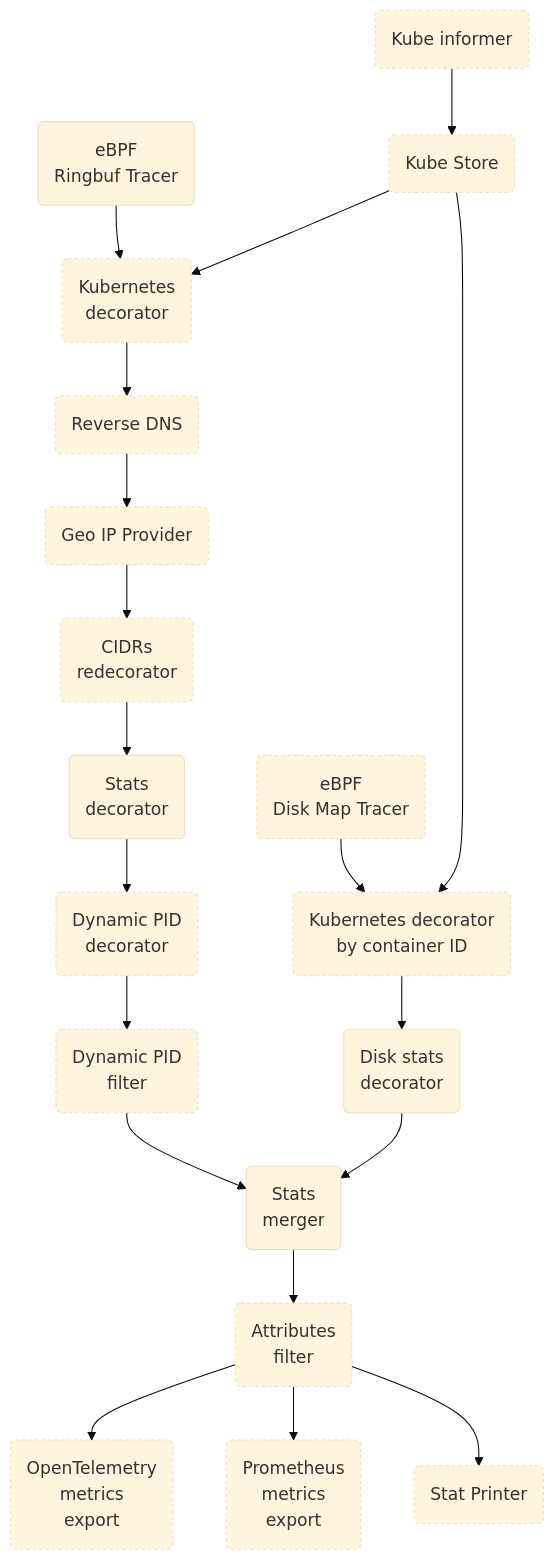
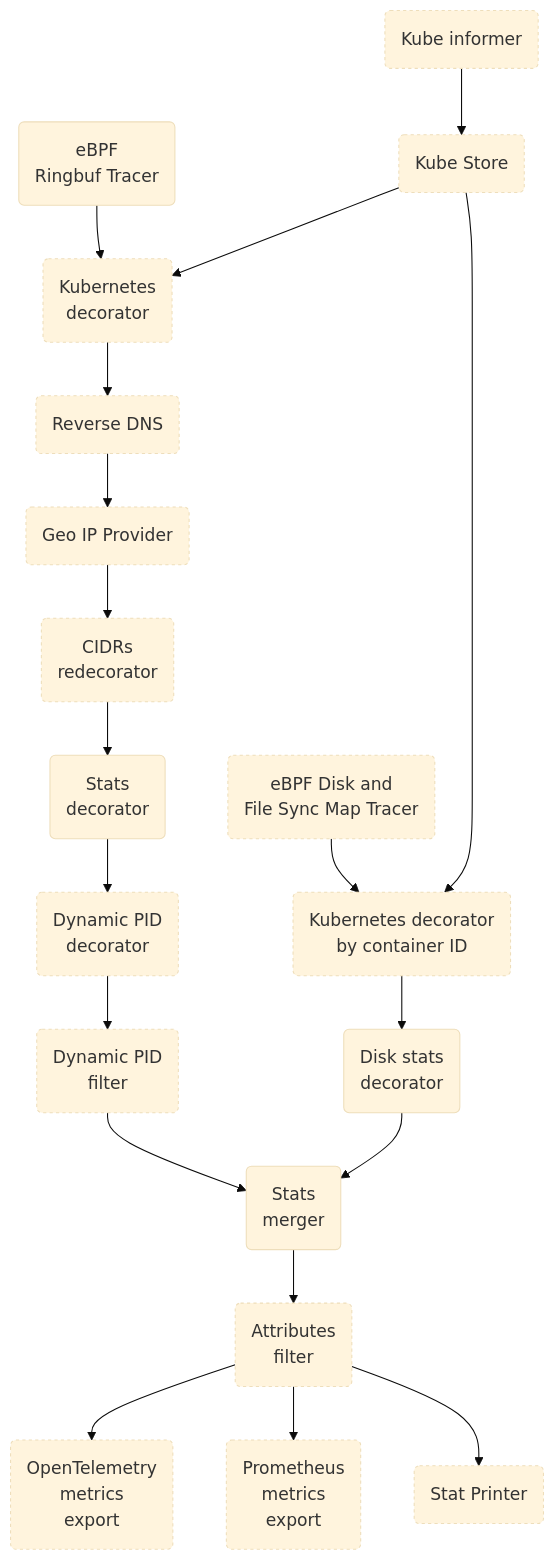
The third of 3 diagrams in devdocs/pipeline-map.md (TheDwingMAN/opentelemetry-ebpf-instrumentation), drawn with Mermaid (base theme) before and after one commit. The commit also changed 2 other files, not shown here.

Commit message:
docs: document the file sync stat metrics

````diff
--- a/devdocs/pipeline-map.md
+++ b/devdocs/pipeline-map.md
@@ -103,22 +103,22 @@
 ```mermaid
 flowchart TD
     classDef optional stroke-dasharray: 3 3;
     RT(eBPF<br/>Ringbuf Tracer) --> K8S
     KIN(Kube informer):::optional --> KSTORE
     KSTORE(Kube Store):::optional --> K8S
     K8S(Kubernetes<br/>decorator):::optional --> RDNS
     RDNS(Reverse DNS):::optional --> GeoIP
     GeoIP(Geo IP Provider):::optional --> CIDRS
     CIDRS(CIDRs<br/>redecorator):::optional --> DEC
     DEC(Stats<br/>decorator) --> DPD
     DPD(Dynamic PID<br/>decorator):::optional --> DPF
     DPF(Dynamic PID<br/>filter):::optional --> MRG
-    DMT(eBPF<br/>Disk Map Tracer):::optional --> DK8S
+    DMT(eBPF Disk and<br/>File Sync Map Tracer):::optional --> DK8S
     KSTORE --> DK8S
     DK8S(Kubernetes decorator<br/>by container ID):::optional --> DDEC
     DDEC(Disk stats<br/>decorator) --> MRG
     MRG(Stats<br/>merger) --> FLTR
     FLTR(Attributes<br/>filter):::optional --> OTEL(OpenTelemetry<br/>metrics<br/>export):::optional
     FLTR --> PROM(Prometheus<br/>metrics<br/>export):::optional
     FLTR --> StatPrinter(Stat Printer):::optional
 ```
````
